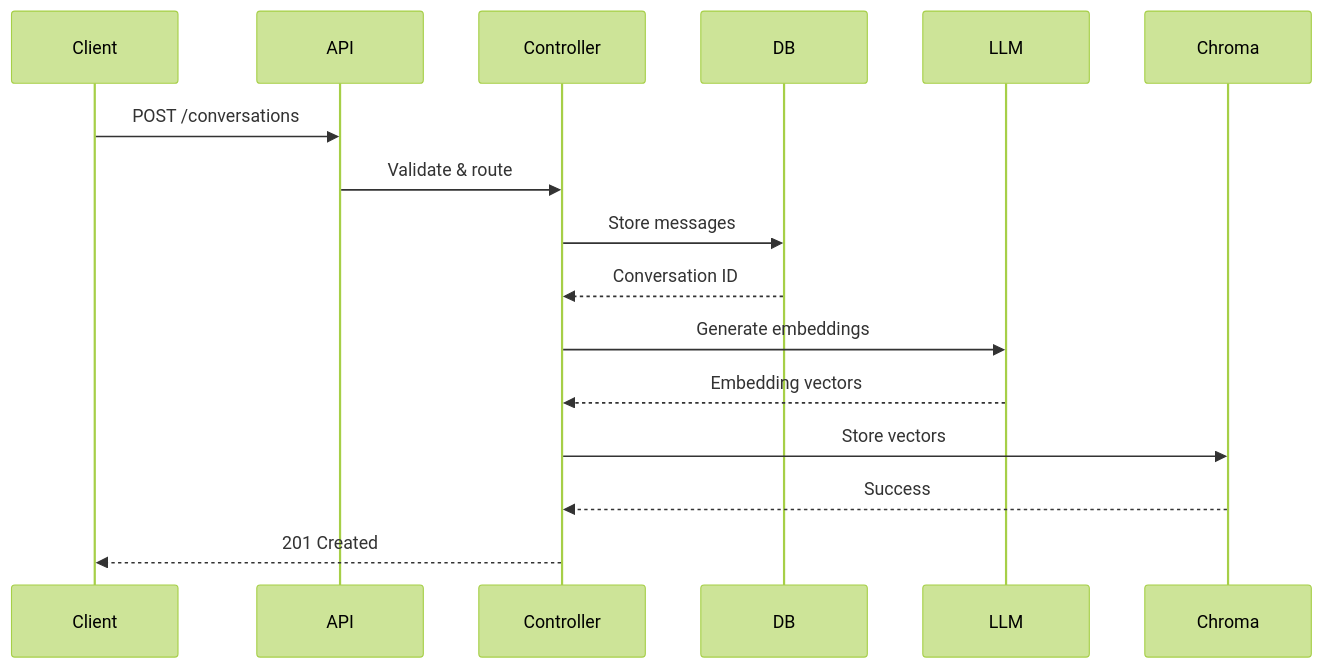
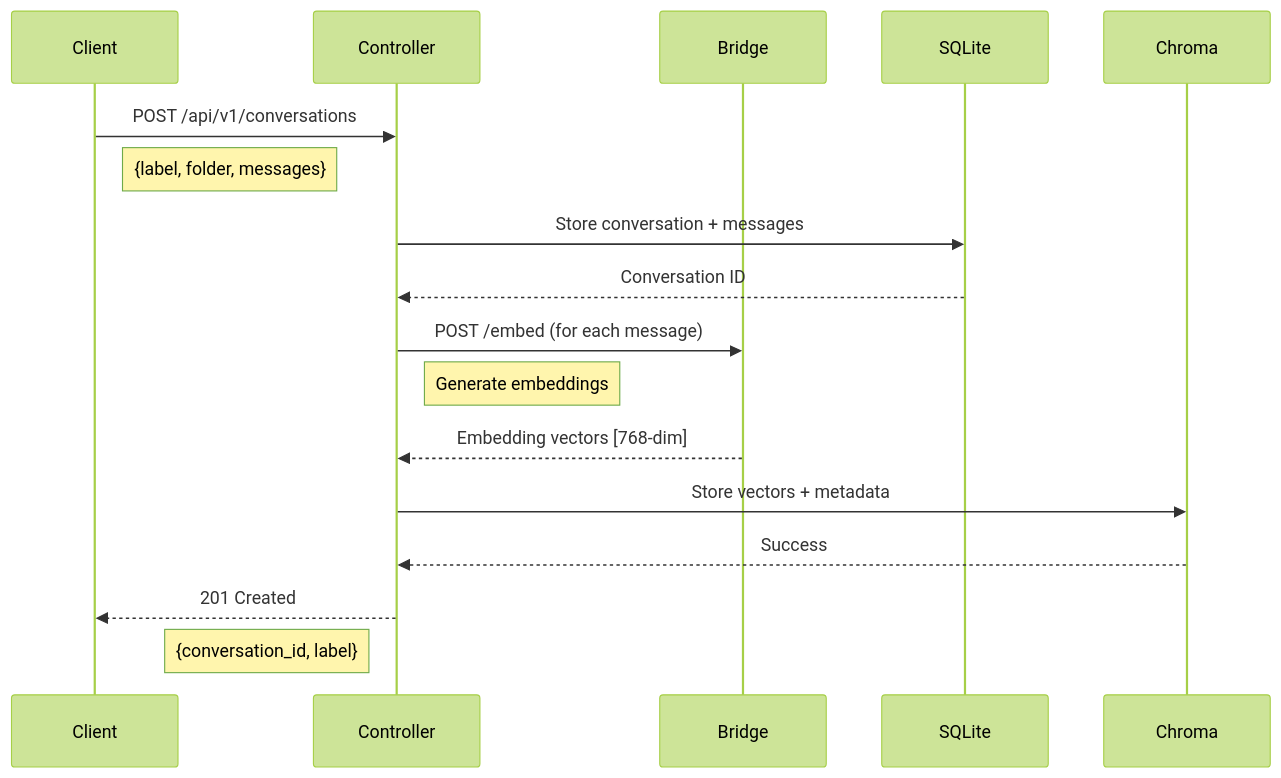
The second of 5 diagrams in docs/architecture/overview.md (sekha-ai/sekha-website), drawn with Mermaid (forest theme) before and after one commit. The commit also changed other lines of this file, not shown here.

Commit message:
docs: update architecture overview with accurate component details from actual code

````diff
--- a/docs/architecture/overview.md
+++ b/docs/architecture/overview.md
@@ -130,19 +316,24 @@
 ```mermaid
 sequenceDiagram
     participant Client
-    participant API
     participant Controller
-    participant DB
-    participant LLM
+    participant Bridge
+    participant SQLite
     participant Chroma
     
-    Client->>API: POST /conversations
-    API->>Controller: Validate & route
-    Controller->>DB: Store messages
-    DB-->>Controller: Conversation ID
-    Controller->>LLM: Generate embeddings
-    LLM-->>Controller: Embedding vectors
-    Controller->>Chroma: Store vectors
+    Client->>Controller: POST /api/v1/conversations
+    Note right of Client: {label, folder, messages}
+    
+    Controller->>SQLite: Store conversation + messages
+    SQLite-->>Controller: Conversation ID
+    
+    Controller->>Bridge: POST /embed (for each message)
+    Note right of Controller: Generate embeddings
+    Bridge-->>Controller: Embedding vectors [768-dim]
+    
+    Controller->>Chroma: Store vectors + metadata
     Chroma-->>Controller: Success
+    
     Controller-->>Client: 201 Created
+    Note left of Controller: {conversation_id, label}
 ```
````
